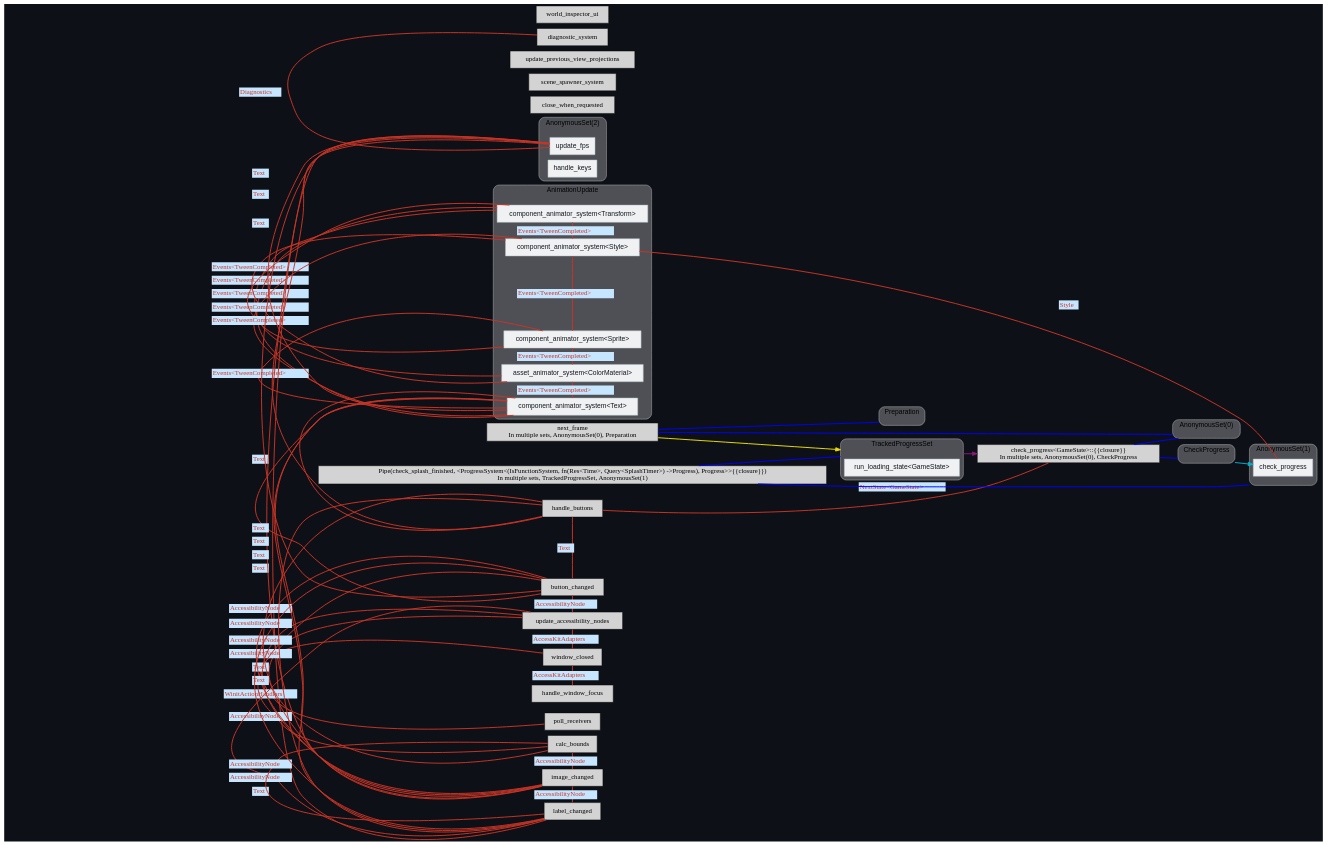
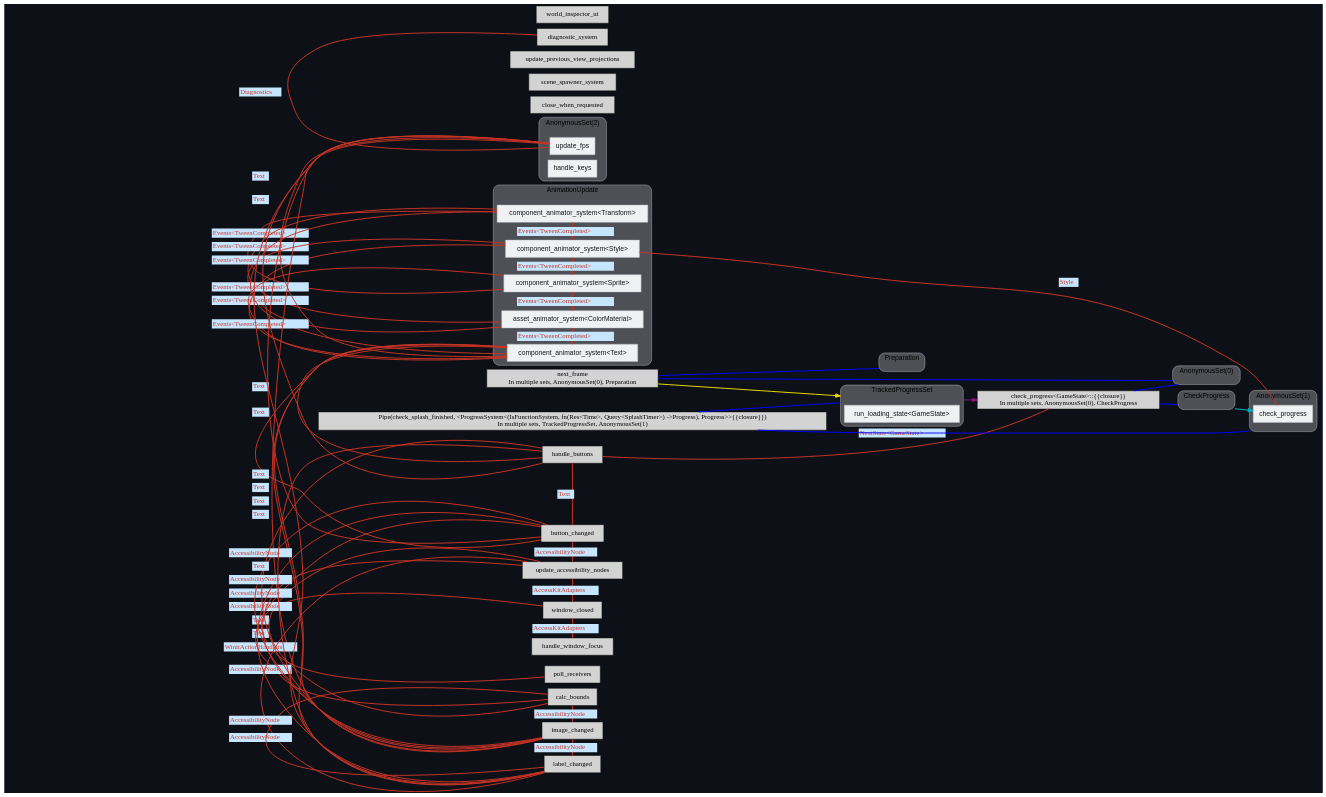
One commit to eerii/hello-bevy changed the diagram in graphs/update-schedule.dot. Above: the diagram before and after it, drawn with Graphviz. The commit also changed 6 other files, not shown here.

```diff
--- a/graphs/update-schedule.dot
+++ b/graphs/update-schedule.dot
@@ -121,36 +121,36 @@
 	"node_System(6)" -> "node_System(5)" ["dir"="none", "constraint"="false", "color"="#c93526", "fontcolor"="#c93526", "label"=<<table border="0" cellborder="0"><tr><td bgcolor="#c6e6ff">AccessibilityNode</td></tr></table>>, "labeltooltip"="calc_bounds — update_accessibility_nodes"]
 	"node_System(7)" -> "node_System(5)" ["dir"="none", "constraint"="false", "color"="#c93526", "fontcolor"="#c93526", "label"=<<table border="0" cellborder="0"><tr><td bgcolor="#c6e6ff">AccessibilityNode</td></tr></table>>, "labeltooltip"="button_changed — update_accessibility_nodes"]
 	"node_System(7)" -> "node_System(6)" ["dir"="none", "constraint"="false", "color"="#c93526", "fontcolor"="#c93526", "label"=<<table border="0" cellborder="0"><tr><td bgcolor="#c6e6ff">AccessibilityNode</td></tr></table>>, "labeltooltip"="button_changed — calc_bounds"]
-	"node_System(7)" -> "node_System(15)" ["dir"="none", "constraint"="false", "color"="#c93526", "fontcolor"="#c93526", "label"=<<table border="0" cellborder="0"><tr><td bgcolor="#c6e6ff">Text</td></tr></table>>, "labeltooltip"="button_changed — component_animator_system<Text>"]
 	"node_System(7)" -> "node_System(21)" ["dir"="none", "constraint"="false", "color"="#c93526", "fontcolor"="#c93526", "label"=<<table border="0" cellborder="0"><tr><td bgcolor="#c6e6ff">Text</td></tr></table>>, "labeltooltip"="button_changed — handle_buttons"]
 	"node_System(8)" -> "node_System(5)" ["dir"="none", "constraint"="false", "color"="#c93526", "fontcolor"="#c93526", "label"=<<table border="0" cellborder="0"><tr><td bgcolor="#c6e6ff">AccessibilityNode</td></tr></table>>, "labeltooltip"="image_changed — update_accessibility_nodes"]
 	"node_System(8)" -> "node_System(6)" ["dir"="none", "constraint"="false", "color"="#c93526", "fontcolor"="#c93526", "label"=<<table border="0" cellborder="0"><tr><td bgcolor="#c6e6ff">AccessibilityNode</td></tr></table>>, "labeltooltip"="image_changed — calc_bounds"]
 	"node_System(8)" -> "node_System(7)" ["dir"="none", "constraint"="false", "color"="#c93526", "fontcolor"="#c93526", "label"=<<table border="0" cellborder="0"><tr><td bgcolor="#c6e6ff">AccessibilityNode</td></tr></table>>, "labeltooltip"="image_changed — button_changed"]
-	"node_System(8)" -> "node_System(15)" ["dir"="none", "constraint"="false", "color"="#c93526", "fontcolor"="#c93526", "label"=<<table border="0" cellborder="0"><tr><td bgcolor="#c6e6ff">Text</td></tr></table>>, "labeltooltip"="image_changed — component_animator_system<Text>"]
 	"node_System(8)" -> "node_System(21)" ["dir"="none", "constraint"="false", "color"="#c93526", "fontcolor"="#c93526", "label"=<<table border="0" cellborder="0"><tr><td bgcolor="#c6e6ff">Text</td></tr></table>>, "labeltooltip"="image_changed — handle_buttons"]
 	"node_System(9)" -> "node_System(5)" ["dir"="none", "constraint"="false", "color"="#c93526", "fontcolor"="#c93526", "label"=<<table border="0" cellborder="0"><tr><td bgcolor="#c6e6ff">AccessibilityNode</td></tr></table>>, "labeltooltip"="label_changed — update_accessibility_nodes"]
 	"node_System(9)" -> "node_System(6)" ["dir"="none", "constraint"="false", "color"="#c93526", "fontcolor"="#c93526", "label"=<<table border="0" cellborder="0"><tr><td bgcolor="#c6e6ff">AccessibilityNode</td></tr></table>>, "labeltooltip"="label_changed — calc_bounds"]
 	"node_System(9)" -> "node_System(7)" ["dir"="none", "constraint"="false", "color"="#c93526", "fontcolor"="#c93526", "label"=<<table border="0" cellborder="0"><tr><td bgcolor="#c6e6ff">AccessibilityNode</td></tr></table>>, "labeltooltip"="label_changed — button_changed"]
 	"node_System(9)" -> "node_System(8)" ["dir"="none", "constraint"="false", "color"="#c93526", "fontcolor"="#c93526", "label"=<<table border="0" cellborder="0"><tr><td bgcolor="#c6e6ff">AccessibilityNode</td></tr></table>>, "labeltooltip"="label_changed — image_changed"]
-	"node_System(9)" -> "node_System(15)" ["dir"="none", "constraint"="false", "color"="#c93526", "fontcolor"="#c93526", "label"=<<table border="0" cellborder="0"><tr><td bgcolor="#c6e6ff">Text</td></tr></table>>, "labeltooltip"="label_changed — component_animator_system<Text>"]
 	"node_System(9)" -> "node_System(21)" ["dir"="none", "constraint"="false", "color"="#c93526", "fontcolor"="#c93526", "label"=<<table border="0" cellborder="0"><tr><td bgcolor="#c6e6ff">Text</td></tr></table>>, "labeltooltip"="label_changed — handle_buttons"]
+	"node_System(9)" -> "node_System(24)" ["dir"="none", "constraint"="false", "color"="#c93526", "fontcolor"="#c93526", "label"=<<table border="0" cellborder="0"><tr><td bgcolor="#c6e6ff">Text</td></tr></table>>, "labeltooltip"="label_changed — update_fps"]
+	"node_System(11)" -> "node_System(13)" ["dir"="none", "constraint"="false", "color"="#c93526", "fontcolor"="#c93526", "label"=<<table border="0" cellborder="0"><tr><td bgcolor="#c6e6ff">Events&lt;TweenCompleted&gt;</td></tr></table>>, "labeltooltip"="component_animator_system<Transform> — component_animator_system<Sprite>"]
 	"node_System(11)" -> "node_System(14)" ["dir"="none", "constraint"="false", "color"="#c93526", "fontcolor"="#c93526", "label"=<<table border="0" cellborder="0"><tr><td bgcolor="#c6e6ff">Events&lt;TweenCompleted&gt;</td></tr></table>>, "labeltooltip"="component_animator_system<Transform> — asset_animator_system<ColorMaterial>"]
-	"node_System(11)" -> "node_System(15)" ["dir"="none", "constraint"="false", "color"="#c93526", "fontcolor"="#c93526", "label"=<<table border="0" cellborder="0"><tr><td bgcolor="#c6e6ff">Events&lt;TweenCompleted&gt;</td></tr></table>>, "labeltooltip"="component_animator_system<Transform> — component_animator_system<Text>"]
 	"node_System(12)" -> "node_System(11)" ["dir"="none", "constraint"="false", "color"="#c93526", "fontcolor"="#c93526", "label"=<<table border="0" cellborder="0"><tr><td bgcolor="#c6e6ff">Events&lt;TweenCompleted&gt;</td></tr></table>>, "labeltooltip"="component_animator_system<Style> — component_animator_system<Transform>"]
 	"node_System(12)" -> "node_System(13)" ["dir"="none", "constraint"="false", "color"="#c93526", "fontcolor"="#c93526", "label"=<<table border="0" cellborder="0"><tr><td bgcolor="#c6e6ff">Events&lt;TweenCompleted&gt;</td></tr></table>>, "labeltooltip"="component_animator_system<Style> — component_animator_system<Sprite>"]
 	"node_System(12)" -> "node_System(14)" ["dir"="none", "constraint"="false", "color"="#c93526", "fontcolor"="#c93526", "label"=<<table border="0" cellborder="0"><tr><td bgcolor="#c6e6ff">Events&lt;TweenCompleted&gt;</td></tr></table>>, "labeltooltip"="component_animator_system<Style> — asset_animator_system<ColorMaterial>"]
 	"node_System(12)" -> "node_System(15)" ["dir"="none", "constraint"="false", "color"="#c93526", "fontcolor"="#c93526", "label"=<<table border="0" cellborder="0"><tr><td bgcolor="#c6e6ff">Events&lt;TweenCompleted&gt;</td></tr></table>>, "labeltooltip"="component_animator_system<Style> — component_animator_system<Text>"]
 	"node_System(12)" -> "node_System(20)" ["dir"="none", "constraint"="false", "color"="#c93526", "fontcolor"="#c93526", "label"=<<table border="0" cellborder="0"><tr><td bgcolor="#c6e6ff">Style</td></tr></table>>, "labeltooltip"="component_animator_system<Style> — check_progress"]
-	"node_System(13)" -> "node_System(11)" ["dir"="none", "constraint"="false", "color"="#c93526", "fontcolor"="#c93526", "label"=<<table border="0" cellborder="0"><tr><td bgcolor="#c6e6ff">Events&lt;TweenCompleted&gt;</td></tr></table>>, "labeltooltip"="component_animator_system<Sprite> — component_animator_system<Transform>"]
-	"node_System(13)" -> "node_System(14)" ["dir"="none", "constraint"="false", "color"="#c93526", "fontcolor"="#c93526", "label"=<<table border="0" cellborder="0"><tr><td bgcolor="#c6e6ff">Events&lt;TweenCompleted&gt;</td></tr></table>>, "labeltooltip"="component_animator_system<Sprite> — asset_animator_system<ColorMaterial>"]
-	"node_System(13)" -> "node_System(15)" ["dir"="none", "constraint"="false", "color"="#c93526", "fontcolor"="#c93526", "label"=<<table border="0" cellborder="0"><tr><td bgcolor="#c6e6ff">Events&lt;TweenCompleted&gt;</td></tr></table>>, "labeltooltip"="component_animator_system<Sprite> — component_animator_system<Text>"]
-	"node_System(14)" -> "node_System(15)" ["dir"="none", "constraint"="false", "color"="#c93526", "fontcolor"="#c93526", "label"=<<table border="0" cellborder="0"><tr><td bgcolor="#c6e6ff">Events&lt;TweenCompleted&gt;</td></tr></table>>, "labeltooltip"="asset_animator_system<ColorMaterial> — component_animator_system<Text>"]
+	"node_System(14)" -> "node_System(13)" ["dir"="none", "constraint"="false", "color"="#c93526", "fontcolor"="#c93526", "label"=<<table border="0" cellborder="0"><tr><td bgcolor="#c6e6ff">Events&lt;TweenCompleted&gt;</td></tr></table>>, "labeltooltip"="asset_animator_system<ColorMaterial> — component_animator_system<Sprite>"]
+	"node_System(15)" -> "node_System(7)" ["dir"="none", "constraint"="false", "color"="#c93526", "fontcolor"="#c93526", "label"=<<table border="0" cellborder="0"><tr><td bgcolor="#c6e6ff">Text</td></tr></table>>, "labeltooltip"="component_animator_system<Text> — button_changed"]
+	"node_System(15)" -> "node_System(8)" ["dir"="none", "constraint"="false", "color"="#c93526", "fontcolor"="#c93526", "label"=<<table border="0" cellborder="0"><tr><td bgcolor="#c6e6ff">Text</td></tr></table>>, "labeltooltip"="component_animator_system<Text> — image_changed"]
+	"node_System(15)" -> "node_System(9)" ["dir"="none", "constraint"="false", "color"="#c93526", "fontcolor"="#c93526", "label"=<<table border="0" cellborder="0"><tr><td bgcolor="#c6e6ff">Text</td></tr></table>>, "labeltooltip"="component_animator_system<Text> — label_changed"]
+	"node_System(15)" -> "node_System(11)" ["dir"="none", "constraint"="false", "color"="#c93526", "fontcolor"="#c93526", "label"=<<table border="0" cellborder="0"><tr><td bgcolor="#c6e6ff">Events&lt;TweenCompleted&gt;</td></tr></table>>, "labeltooltip"="component_animator_system<Text> — component_animator_system<Transform>"]
+	"node_System(15)" -> "node_System(13)" ["dir"="none", "constraint"="false", "color"="#c93526", "fontcolor"="#c93526", "label"=<<table border="0" cellborder="0"><tr><td bgcolor="#c6e6ff">Events&lt;TweenCompleted&gt;</td></tr></table>>, "labeltooltip"="component_animator_system<Text> — component_animator_system<Sprite>"]
+	"node_System(15)" -> "node_System(14)" ["dir"="none", "constraint"="false", "color"="#c93526", "fontcolor"="#c93526", "label"=<<table border="0" cellborder="0"><tr><td bgcolor="#c6e6ff">Events&lt;TweenCompleted&gt;</td></tr></table>>, "labeltooltip"="component_animator_system<Text> — asset_animator_system<ColorMaterial>"]
 	"node_System(15)" -> "node_System(21)" ["dir"="none", "constraint"="false", "color"="#c93526", "fontcolor"="#c93526", "label"=<<table border="0" cellborder="0"><tr><td bgcolor="#c6e6ff">Text</td></tr></table>>, "labeltooltip"="component_animator_system<Text> — handle_buttons"]
-	"node_System(18)" -> "node_System(21)" ["dir"="none", "constraint"="false", "color"="#c93526", "fontcolor"="#c93526", "label"=<<table border="0" cellborder="0"><tr><td bgcolor="#c6e6ff">NextState&lt;GameState&gt;</td></tr></table>>, "labeltooltip"="check_progress<GameState>::{{closure}} — handle_buttons"]
+	"node_System(15)" -> "node_System(24)" ["dir"="none", "constraint"="false", "color"="#c93526", "fontcolor"="#c93526", "label"=<<table border="0" cellborder="0"><tr><td bgcolor="#c6e6ff">Text</td></tr></table>>, "labeltooltip"="component_animator_system<Text> — update_fps"]
+	"node_System(21)" -> "node_System(18)" ["dir"="none", "constraint"="false", "color"="#c93526", "fontcolor"="#c93526", "label"=<<table border="0" cellborder="0"><tr><td bgcolor="#c6e6ff">NextState&lt;GameState&gt;</td></tr></table>>, "labeltooltip"="handle_buttons — check_progress<GameState>::{{closure}}"]
 	"node_System(24)" -> "node_System(7)" ["dir"="none", "constraint"="false", "color"="#c93526", "fontcolor"="#c93526", "label"=<<table border="0" cellborder="0"><tr><td bgcolor="#c6e6ff">Text</td></tr></table>>, "labeltooltip"="update_fps — button_changed"]
 	"node_System(24)" -> "node_System(8)" ["dir"="none", "constraint"="false", "color"="#c93526", "fontcolor"="#c93526", "label"=<<table border="0" cellborder="0"><tr><td bgcolor="#c6e6ff">Text</td></tr></table>>, "labeltooltip"="update_fps — image_changed"]
-	"node_System(24)" -> "node_System(9)" ["dir"="none", "constraint"="false", "color"="#c93526", "fontcolor"="#c93526", "label"=<<table border="0" cellborder="0"><tr><td bgcolor="#c6e6ff">Text</td></tr></table>>, "labeltooltip"="update_fps — label_changed"]
-	"node_System(24)" -> "node_System(15)" ["dir"="none", "constraint"="false", "color"="#c93526", "fontcolor"="#c93526", "label"=<<table border="0" cellborder="0"><tr><td bgcolor="#c6e6ff">Text</td></tr></table>>, "labeltooltip"="update_fps — component_animator_system<Text>"]
 	"node_System(24)" -> "node_System(21)" ["dir"="none", "constraint"="false", "color"="#c93526", "fontcolor"="#c93526", "label"=<<table border="0" cellborder="0"><tr><td bgcolor="#c6e6ff">Text</td></tr></table>>, "labeltooltip"="update_fps — handle_buttons"]
 	"node_System(24)" -> "node_System(22)" ["dir"="none", "constraint"="false", "color"="#c93526", "fontcolor"="#c93526", "label"=<<table border="0" cellborder="0"><tr><td bgcolor="#c6e6ff">Diagnostics</td></tr></table>>, "labeltooltip"="update_fps — diagnostic_system"]
 }
```
